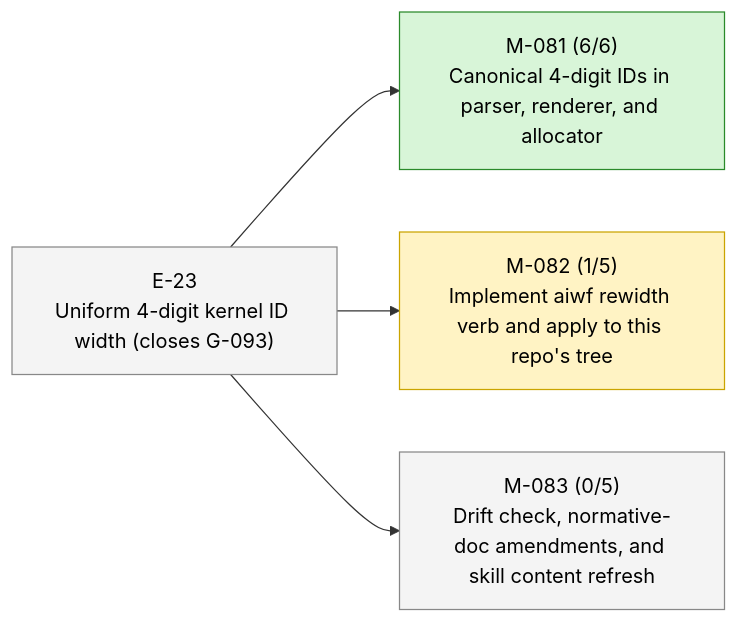
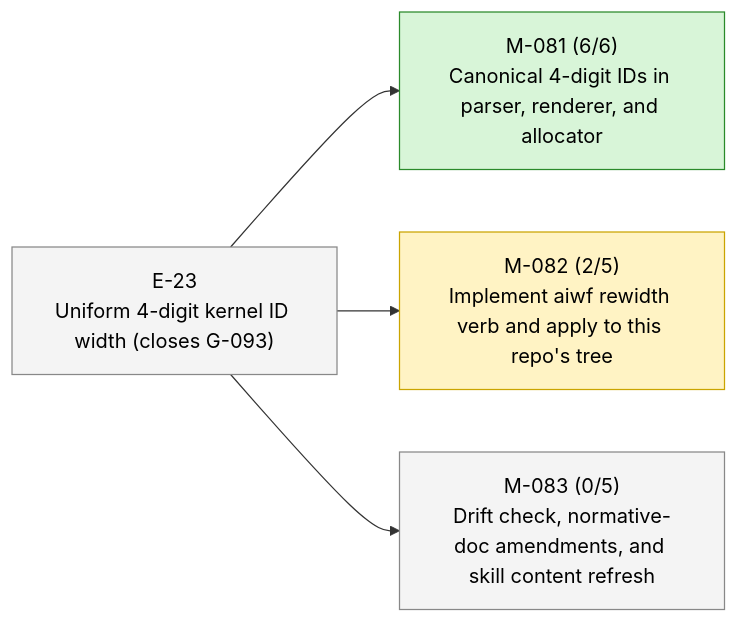
One commit to 23min/aiwf changed the second of 2 diagrams in STATUS.md. Above: the diagram before and after it, drawn with Mermaid. The commit also changed other lines of this file and 1 other file, not shown here.

First line of the commit message:
aiwf promote M-0082/AC-2 open -> met

````diff
--- a/STATUS.md
+++ b/STATUS.md
@@ -47,16 +47,16 @@
 ```mermaid
 flowchart LR
   E_23["E-23<br/>Uniform 4-digit kernel ID width (closes G-093)"]:::epic_proposed
   M_081["M-081 (6/6)<br/>Canonical 4-digit IDs in parser, renderer, and allocator"]:::ms_done
   E_23 --> M_081
-  M_082["M-082 (1/5)<br/>Implement aiwf rewidth verb and apply to this repo's tree"]:::ms_in_progress
+  M_082["M-082 (2/5)<br/>Implement aiwf rewidth verb and apply to this repo's tree"]:::ms_in_progress
   E_23 --> M_082
   M_083["M-083 (0/5)<br/>Drift check, normative-doc amendments, and skill content refresh"]:::ms_draft
   E_23 --> M_083
   classDef epic_active fill:#d6eaff,stroke:#1a73e8,color:#000
   classDef epic_proposed fill:#f4f4f4,stroke:#888,color:#000
   classDef ms_done fill:#d8f5d8,stroke:#2a8a2a,color:#000
   classDef ms_in_progress fill:#fff3c4,stroke:#caa400,color:#000
   classDef ms_draft fill:#f4f4f4,stroke:#888,color:#000
   classDef ms_cancelled fill:#fbeaea,stroke:#c33,color:#000
 ```
````
